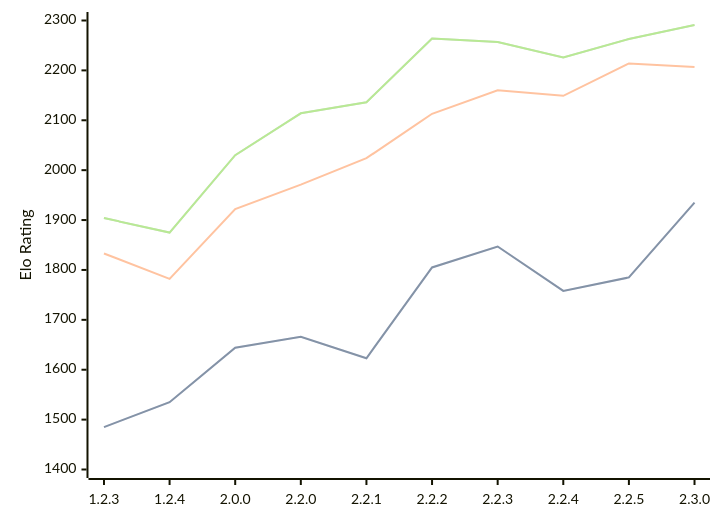
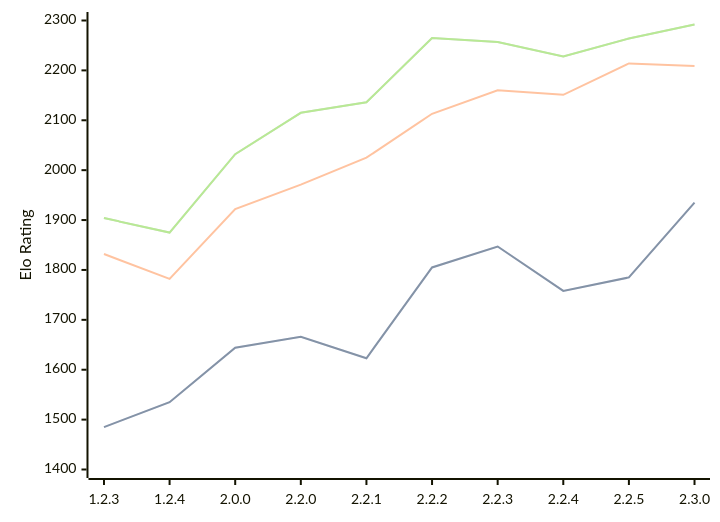
One commit to computer-chess-index/cci changed the diagram in engines/Kreveta.md. Above: the diagram before and after it, drawn with Mermaid. The commit also changed other lines of this file, not shown here.

Commit message:
Update CCI Ratings (ELO VLTC) - 2026-05-12

````diff
--- a/engines/Kreveta.md
+++ b/engines/Kreveta.md
@@ -42,11 +42,11 @@
 ```mermaid
 %%{init: {"theme":"base","themeVariables":{"seriesColors:['#a3a3a3','#222221','#faa371']}}}%%
 xychart-beta
   x-axis ["1.2.3", "1.2.4", "2.0.0", "2.2.0", "2.2.1", "2.2.2", "2.2.3", "2.2.4", "2.2.5", "2.3.0"]
   y-axis "Elo Rating" 1400 --> 2300
   line "STC (8.0+0.08s)" [1485, 1535, 1644, 1666, 1623, 1805, 1847, 1758, 1785, 1935]
   line "STC (8.0+0.08s)" [1485, 1535, 1644, 1666, 1623, 1805, 1847, 1758, 1785, 1935]
-  line "LTC (60.0+0.60s)" [1833, 1782, 1922, 1971, 2024, 2113, 2160, 2149, 2214, 2207]
-  line "VLTC (2m24s+1.12s)" [1904, 1875, 2030, 2114, 2136, 2264, 2257, 2226, 2263, 2291]
-  line "VLTC (2m24s+1.12s)" [1904, 1875, 2030, 2114, 2136, 2264, 2257, 2226, 2263, 2291]
+  line "LTC (60.0+0.60s)" [1832, 1782, 1922, 1971, 2025, 2113, 2160, 2151, 2214, 2209]
+  line "VLTC (2m24s+1.12s)" [1904, 1875, 2032, 2115, 2136, 2265, 2257, 2228, 2264, 2292]
+  line "VLTC (2m24s+1.12s)" [1904, 1875, 2032, 2115, 2136, 2265, 2257, 2228, 2264, 2292]
 ```
````
